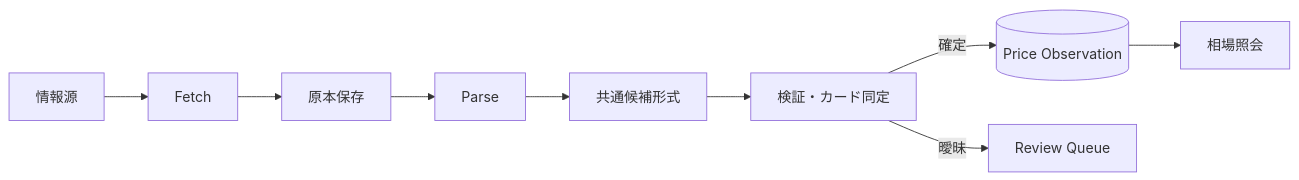
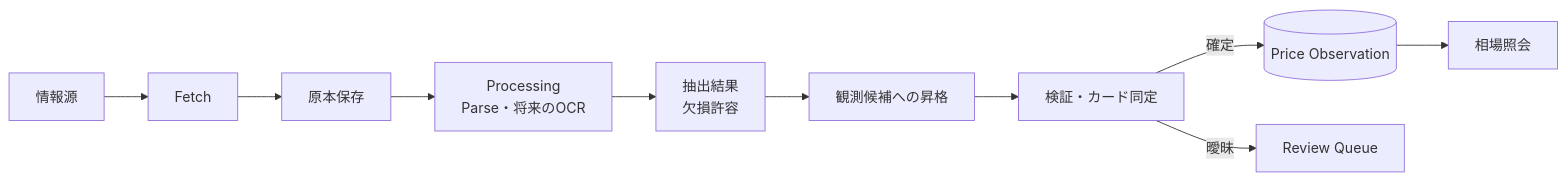
The second of 2 diagrams in README.md (mgmaru/card-pulse), drawn with Mermaid before and after one commit. The commit also changed other lines of this file and 8 other files, not shown here.

````diff
--- a/README.md
+++ b/README.md
@@ -62,11 +63,12 @@
 ```mermaid
 flowchart LR
     A[情報源] --> B[Fetch]
     B --> C[原本保存]
-    C --> D[Parse]
-    D --> E[共通候補形式]
-    E --> F[検証・カード同定]
-    F -->|確定| G[(Price Observation)]
-    F -->|曖昧| H[Review Queue]
-    G --> I[相場照会]
+    C --> D[Processing<br/>Parse・将来のOCR]
+    D --> E[抽出結果<br/>欠損許容]
+    E --> F[観測候補への昇格]
+    F --> G[検証・カード同定]
+    G -->|確定| H[(Price Observation)]
+    G -->|曖昧| I[Review Queue]
+    H --> J[相場照会]
 ```
````
